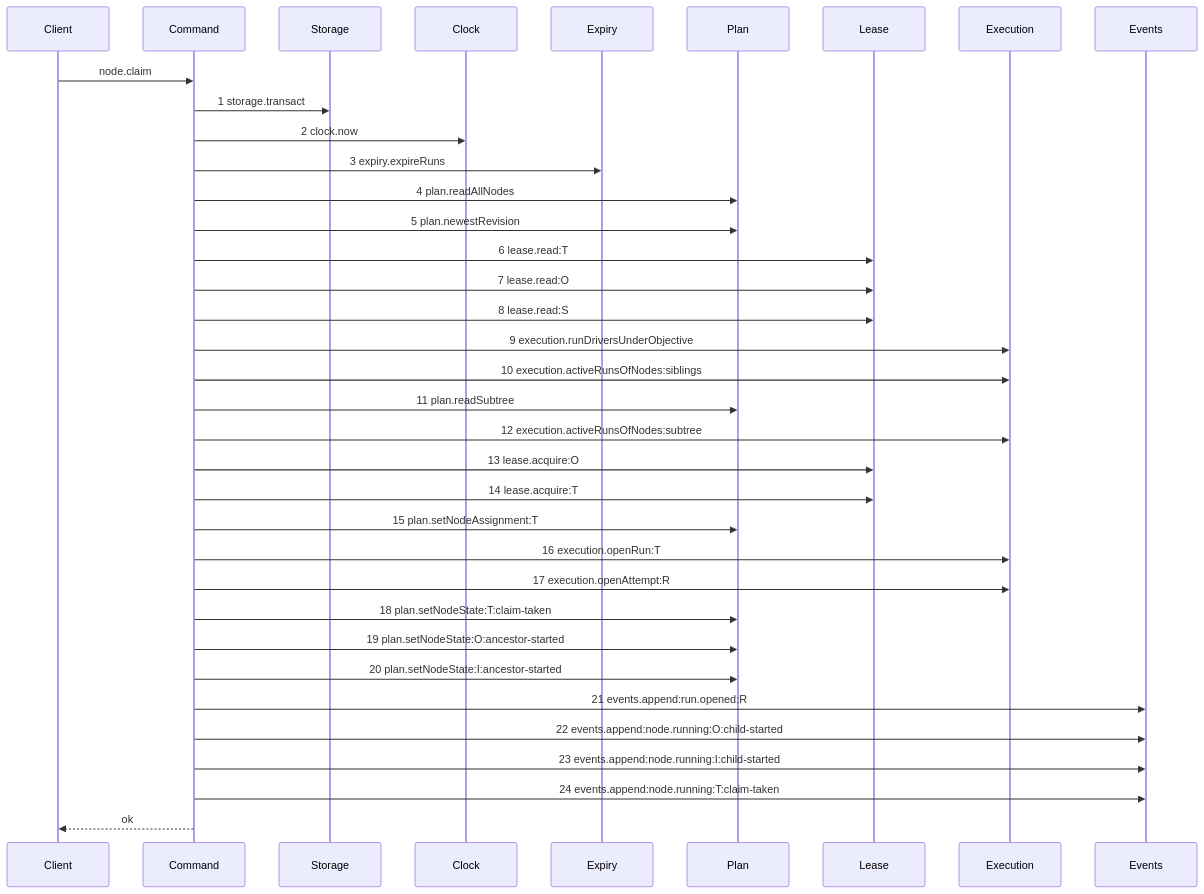
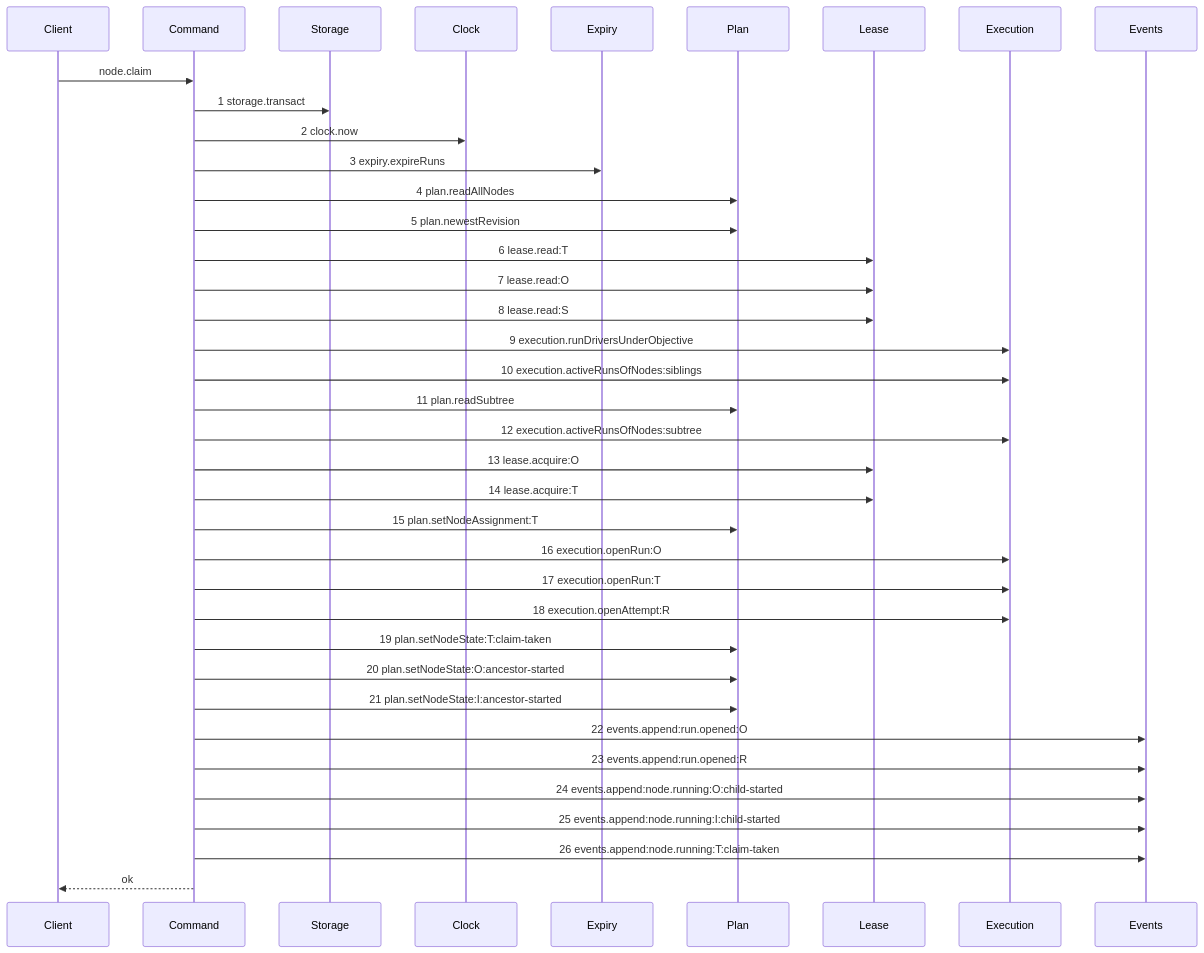
The second of 2 diagrams in .agents/plan/stories/050.1-the-claim/03-the-claim-of-a-task.md (kanthorlabs/kanthord-engine), drawn with Mermaid before and after one commit. The commit also changed other lines of this file and 150 other files, not shown here.

````diff
--- a/.agents/plan/stories/050.1-the-claim/03-the-claim-of-a-task.md
+++ b/.agents/plan/stories/050.1-the-claim/03-the-claim-of-a-task.md
@@ -81,38 +81,40 @@
 ```mermaid
 sequenceDiagram
     participant Client
     participant Command
     participant Storage
     participant Clock
     participant Expiry
     participant Plan
     participant Lease
     participant Execution
     participant Events
     Client->>Command: node.claim
     Command->>Storage: 1 storage.transact
     Command->>Clock: 2 clock.now
     Command->>Expiry: 3 expiry.expireRuns
     Command->>Plan: 4 plan.readAllNodes
     Command->>Plan: 5 plan.newestRevision
     Command->>Lease: 6 lease.read:T
     Command->>Lease: 7 lease.read:O
     Command->>Lease: 8 lease.read:S
     Command->>Execution: 9 execution.runDriversUnderObjective
     Command->>Execution: 10 execution.activeRunsOfNodes:siblings
     Command->>Plan: 11 plan.readSubtree
     Command->>Execution: 12 execution.activeRunsOfNodes:subtree
     Command->>Lease: 13 lease.acquire:O
     Command->>Lease: 14 lease.acquire:T
     Command->>Plan: 15 plan.setNodeAssignment:T
-    Command->>Execution: 16 execution.openRun:T
-    Command->>Execution: 17 execution.openAttempt:R
-    Command->>Plan: 18 plan.setNodeState:T:claim-taken
-    Command->>Plan: 19 plan.setNodeState:O:ancestor-started
-    Command->>Plan: 20 plan.setNodeState:I:ancestor-started
-    Command->>Events: 21 events.append:run.opened:R
-    Command->>Events: 22 events.append:node.running:O:child-started
-    Command->>Events: 23 events.append:node.running:I:child-started
-    Command->>Events: 24 events.append:node.running:T:claim-taken
+    Command->>Execution: 16 execution.openRun:O
+    Command->>Execution: 17 execution.openRun:T
+    Command->>Execution: 18 execution.openAttempt:R
+    Command->>Plan: 19 plan.setNodeState:T:claim-taken
+    Command->>Plan: 20 plan.setNodeState:O:ancestor-started
+    Command->>Plan: 21 plan.setNodeState:I:ancestor-started
+    Command->>Events: 22 events.append:run.opened:O
+    Command->>Events: 23 events.append:run.opened:R
+    Command->>Events: 24 events.append:node.running:O:child-started
+    Command->>Events: 25 events.append:node.running:I:child-started
+    Command->>Events: 26 events.append:node.running:T:claim-taken
     Command-->>Client: ok
 ```
````
